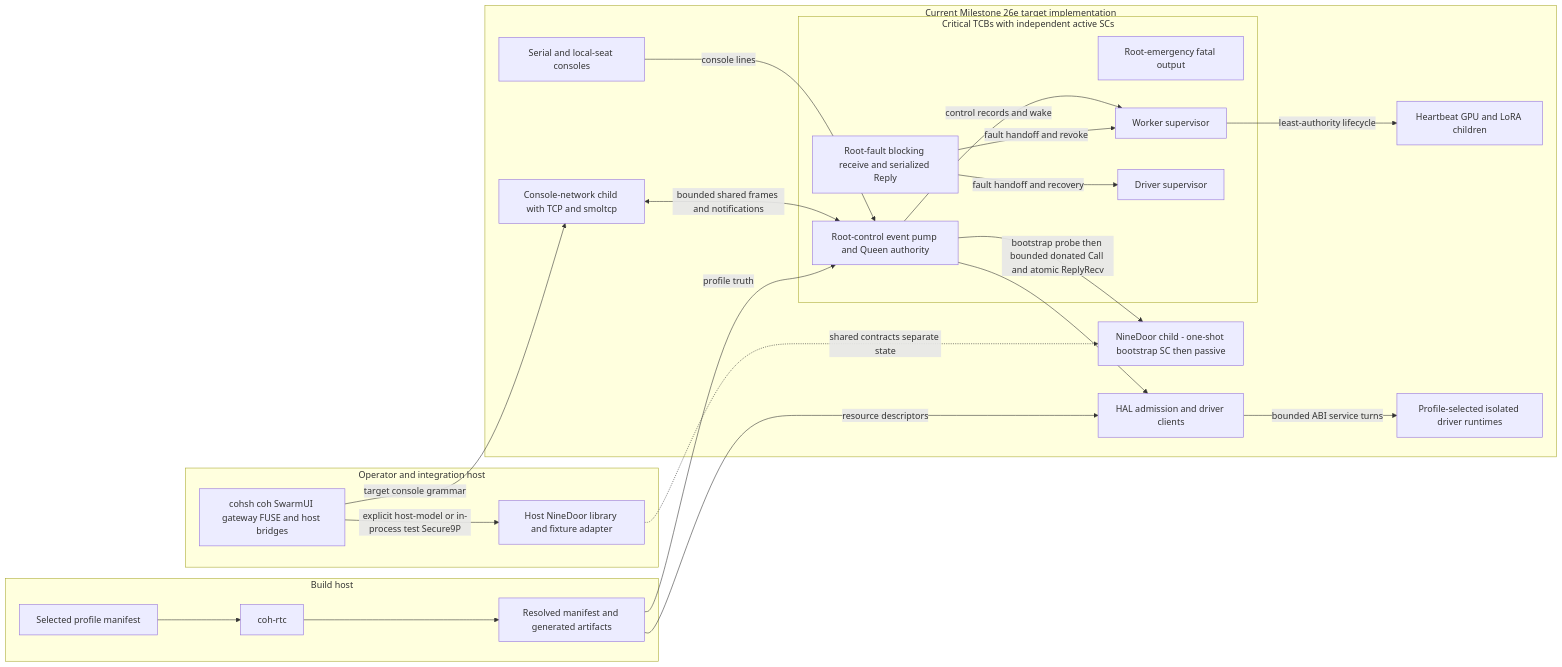
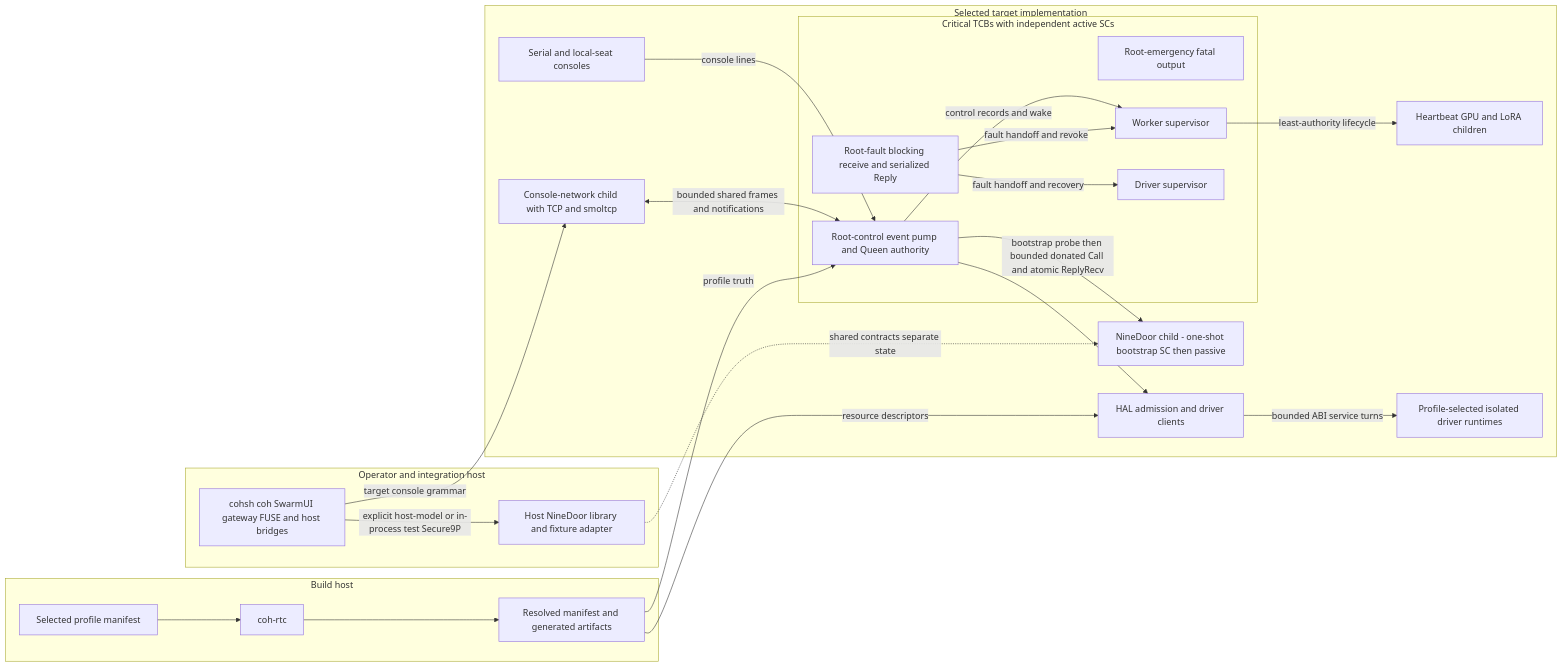
Before and after one commit to lukeb-aidev/cohesix: the diagram in docs/ARCHITECTURE.md, drawn with Mermaid. The commit also changed other lines of this file and 25 other files, not shown here.

````diff
--- a/docs/ARCHITECTURE.md
+++ b/docs/ARCHITECTURE.md
@@ -252,46 +137,46 @@
 ```mermaid
 flowchart LR
   subgraph BuildHost[Build host]
     Manifest[Selected profile manifest]
     Compiler[coh-rtc]
     Generated[Resolved manifest and generated artifacts]
     Manifest --> Compiler --> Generated
   end
 
   subgraph OperatorHost[Operator and integration host]
     HostClients[cohsh coh SwarmUI gateway FUSE and host bridges]
     HostNineDoor[Host NineDoor library and fixture adapter]
     HostClients -->|explicit host-model or in-process test Secure9P| HostNineDoor
   end
 
-  subgraph Target[Current Milestone 26e target implementation]
+  subgraph Target[Selected target implementation]
     Serial[Serial and local-seat consoles]
     subgraph Critical[Critical TCBs with independent active SCs]
       EventPump[Root-control event pump and Queen authority]
       RootFault[Root-fault blocking receive and serialized Reply]
       Emergency[Root-emergency fatal output]
       WorkerSupervisor[Worker supervisor]
       DriverSupervisor[Driver supervisor]
     end
     ConsoleChild[Console-network child with TCP and smoltcp]
     NineDoorChild[NineDoor child - one-shot bootstrap SC then passive]
     Workers[Heartbeat GPU and LoRA children]
     Hal[HAL admission and driver clients]
     Drivers[Profile-selected isolated driver runtimes]
 
     Serial -->|console lines| EventPump
     ConsoleChild <-->|bounded shared frames and notifications| EventPump
     EventPump -->|bootstrap probe then bounded donated Call and atomic ReplyRecv| NineDoorChild
     EventPump -->|control records and wake| WorkerSupervisor
     RootFault -->|fault handoff and revoke| WorkerSupervisor
     WorkerSupervisor -->|least-authority lifecycle| Workers
     RootFault -->|fault handoff and recovery| DriverSupervisor
     EventPump --> Hal
     Hal -->|bounded ABI service turns| Drivers
   end
 
   Generated -->|profile truth| EventPump
   Generated -->|resource descriptors| Hal
   HostClients -->|target console grammar| ConsoleChild
   HostNineDoor -.->|shared contracts separate state| NineDoorChild
 ```
````
